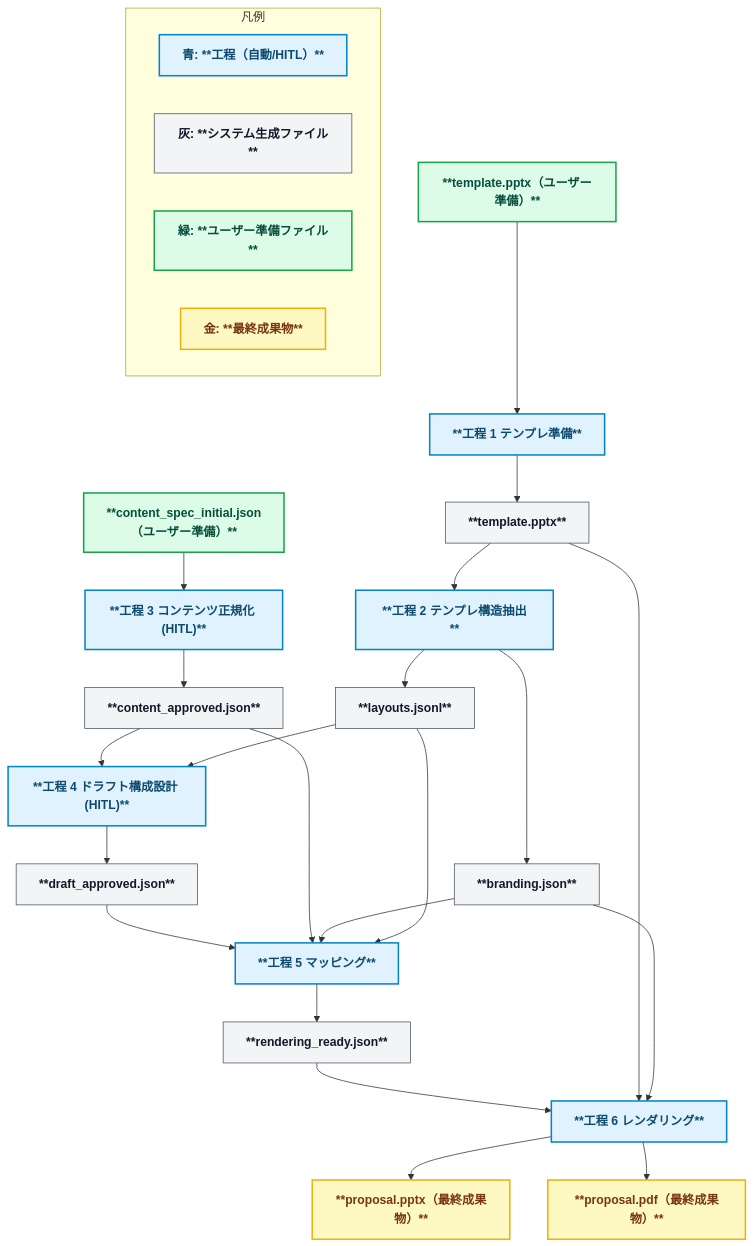
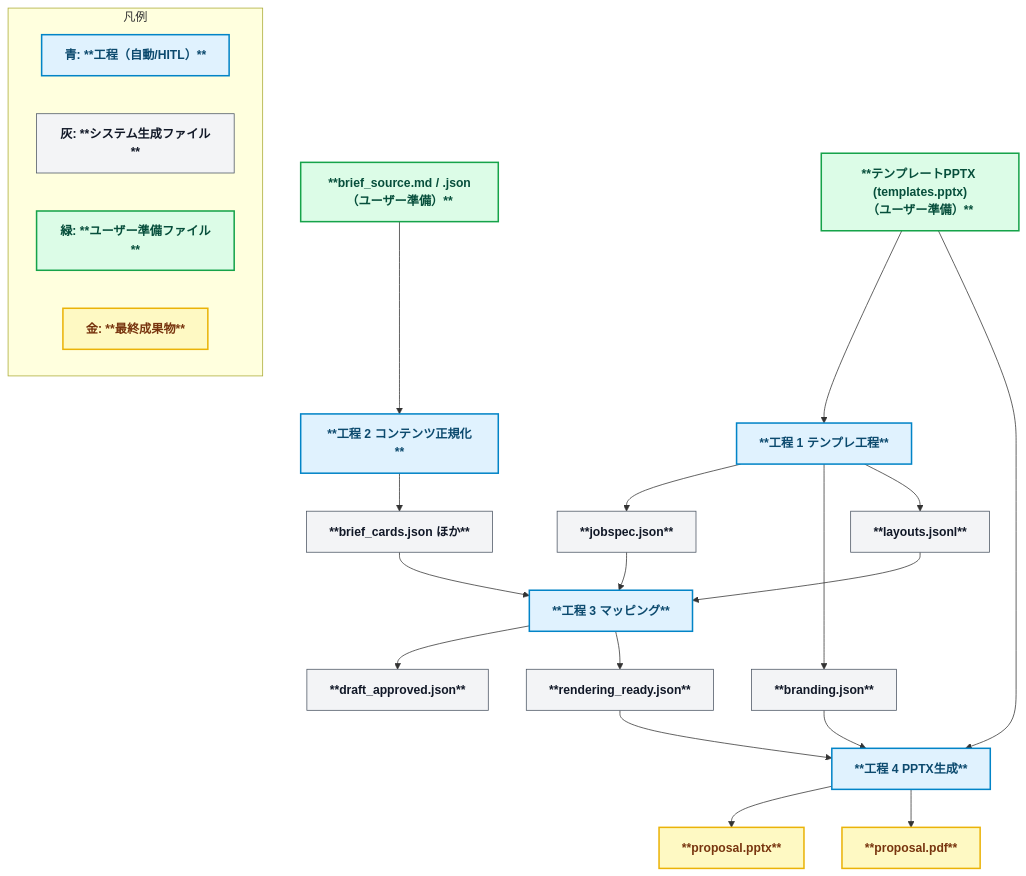
The diagram in README.md (yurake/pptx_generator), drawn with Mermaid before and after one commit. The commit also changed other lines of this file and 40 other files, not shown here.

````diff
--- a/README.md
+++ b/README.md
@@ -30,49 +26,41 @@
 ```mermaid
 flowchart TD
   %% ======= Styles =======
   classDef stage fill:#e0f2fe,stroke:#0284c7,stroke-width:2px,color:#0c4a6e,font-weight:bold;
   classDef file fill:#f3f4f6,stroke:#4b5563,stroke-width:1px,color:#111827,font-weight:bold;
   classDef userfile fill:#dcfce7,stroke:#16a34a,stroke-width:2px,color:#064e3b,font-weight:bold;
   classDef final fill:#fef9c3,stroke:#eab308,stroke-width:2px,color:#78350f,font-weight:bold;
 
   %% ======= Stage 1 =======
-  Tmpl["**template.pptx（ユーザー準備）**"]:::userfile --> S1["**工程 1 テンプレ準備**"]:::stage
-  S1 --> Tmpl_out["**template.pptx**"]:::file
+  Tmpl["**テンプレートPPTX (templates.pptx)<br>（ユーザー準備）**"]:::userfile --> S1["**工程 1 テンプレ工程**"]:::stage
+  S1 --> Jobspec["**jobspec.json**"]:::file
+  S1 --> Branding["**branding.json**"]:::file
+  S1 --> Layouts["**layouts.jsonl**"]:::file
 
   %% ======= Stage 2 =======
-  Tmpl_out --> S2["**工程 2 テンプレ構造抽出**"]:::stage
-  S2 --> Brand["**branding.json**"]:::file
-  S2 --> Layouts["**layouts.jsonl**"]:::file
+  Brief["**brief_source.md / .json（ユーザー準備）**"]:::userfile --> S2["**工程 2 コンテンツ正規化**"]:::stage
+  S2 --> BriefCards["**brief_cards.json ほか**"]:::file
 
   %% ======= Stage 3 =======
-  Spec["**content_spec_initial.json（ユーザー準備）**"]:::userfile --> S3["**工程 3 コンテンツ正規化 (HITL)**"]:::stage
-  S3 --> Content["**content_approved.json**"]:::file
+  Jobspec --> S3["**工程 3 マッピング**"]:::stage
+  BriefCards --> S3
+  Layouts --> S3
+  S3 --> Draft["**draft_approved.json**"]:::file
+  S3 --> Ready["**rendering_ready.json**"]:::file
 
   %% ======= Stage 4 =======
-  Content --> S4["**工程 4 ドラフト構成設計 (HITL)**"]:::stage
-  Layouts --> S4
-  S4 --> Draft["**draft_approved.json**"]:::file
-
-  %% ======= Stage 5 =======
-  Draft --> S5["**工程 5 マッピング**"]:::stage
-  Content --> S5
-  Brand --> S5
-  Layouts --> S5
-  S5 --> Ready["**rendering_ready.json**"]:::file
-
-  %% ======= Stage 6 =======
-  Ready --> S6["**工程 6 レンダリング**"]:::stage
-  Tmpl_out --> S6
-  Brand --> S6
-  S6 --> PPTX["**proposal.pptx（最終成果物）**"]:::final
-  S6 --> PDF["**proposal.pdf（最終成果物）**"]:::final
+  Ready --> S4["**工程 4 PPTX生成**"]:::stage
+  Tmpl --> S4
+  Branding --> S4
+  S4 --> PPTX["**proposal.pptx**"]:::final
+  S4 --> PDF["**proposal.pdf**"]:::final
 
   %% ======= Legend =======
   subgraph Legend[凡例]
     direction LR
     A1["青: **工程（自動/HITL）**"]:::stage
     A2["灰: **システム生成ファイル**"]:::file
     A3["緑: **ユーザー準備ファイル**"]:::userfile
     A4["金: **最終成果物**"]:::final
   end
 ```
````
